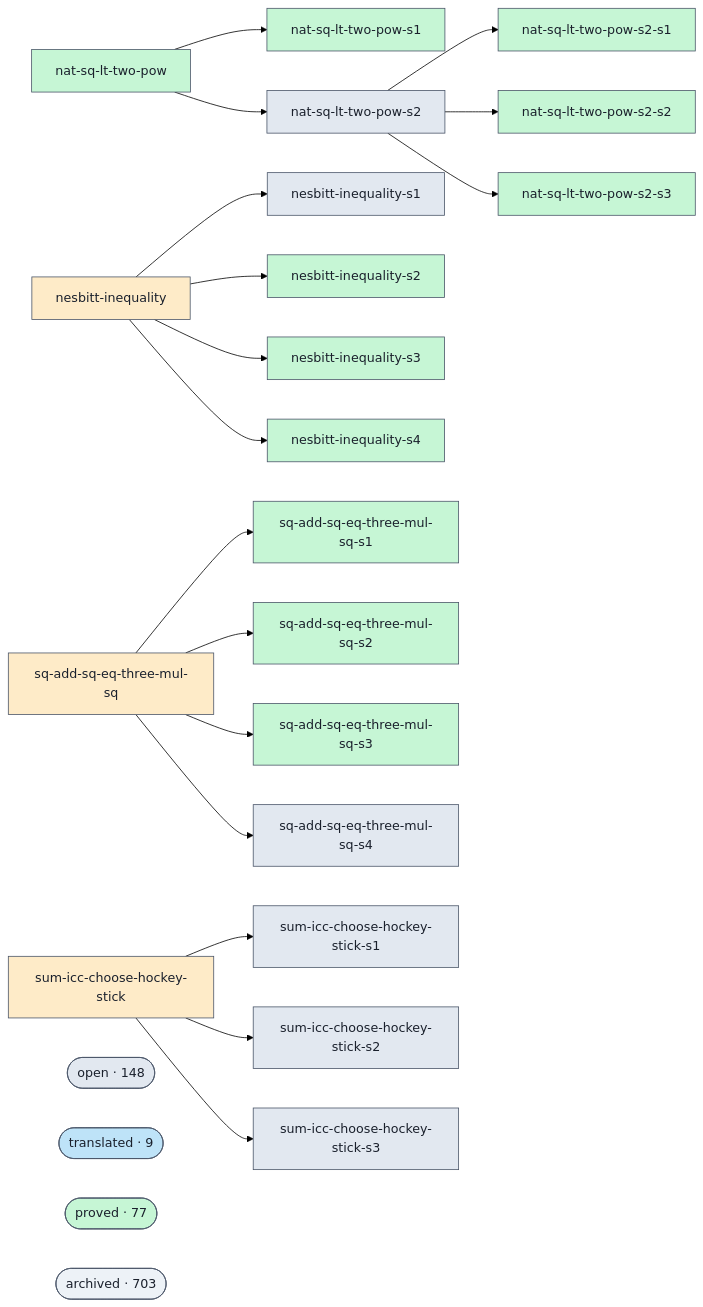
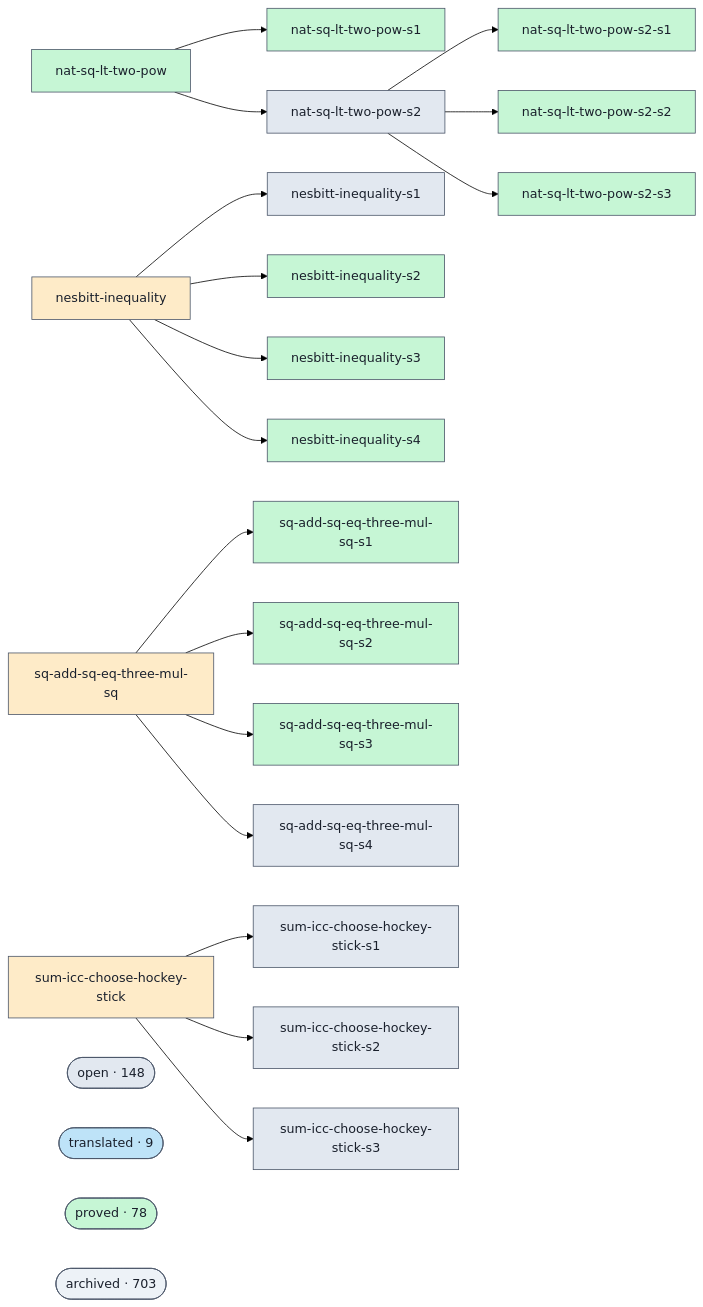
One commit to ohdearquant/unsorry changed the diagram in docs/proofs-contributors-visualisation.md. Above: the diagram before and after it, drawn with Mermaid (forest theme). The commit also changed other lines of this file and 2 other files, not shown here.

```diff
--- a/docs/proofs-contributors-visualisation.md
+++ b/docs/proofs-contributors-visualisation.md
@@ -102,7 +102,7 @@
   class cluster_open open;
   cluster_translated(["translated · 9"])
   class cluster_translated translated;
-  cluster_proved(["proved · 77"])
+  cluster_proved(["proved · 78"])
   class cluster_proved proved;
   cluster_archived(["archived · 703"])
   class cluster_archived unknown;
```
